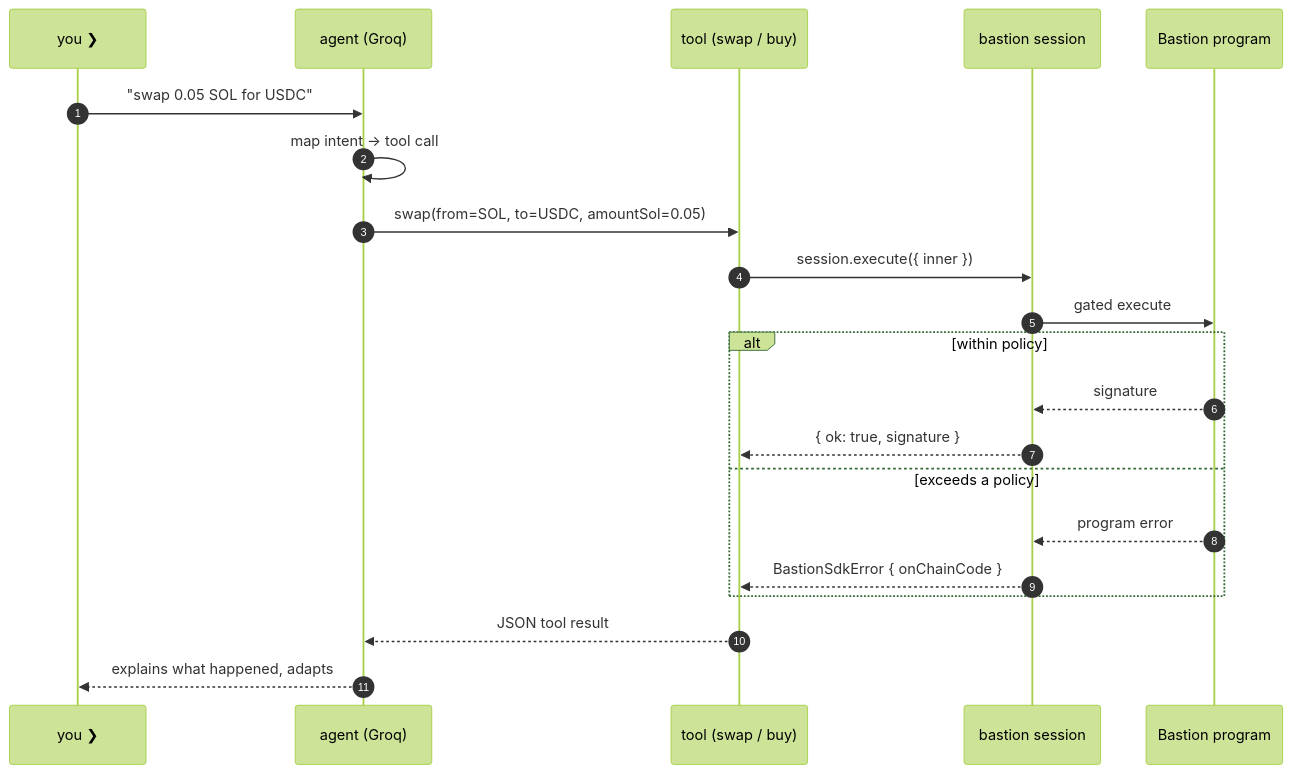
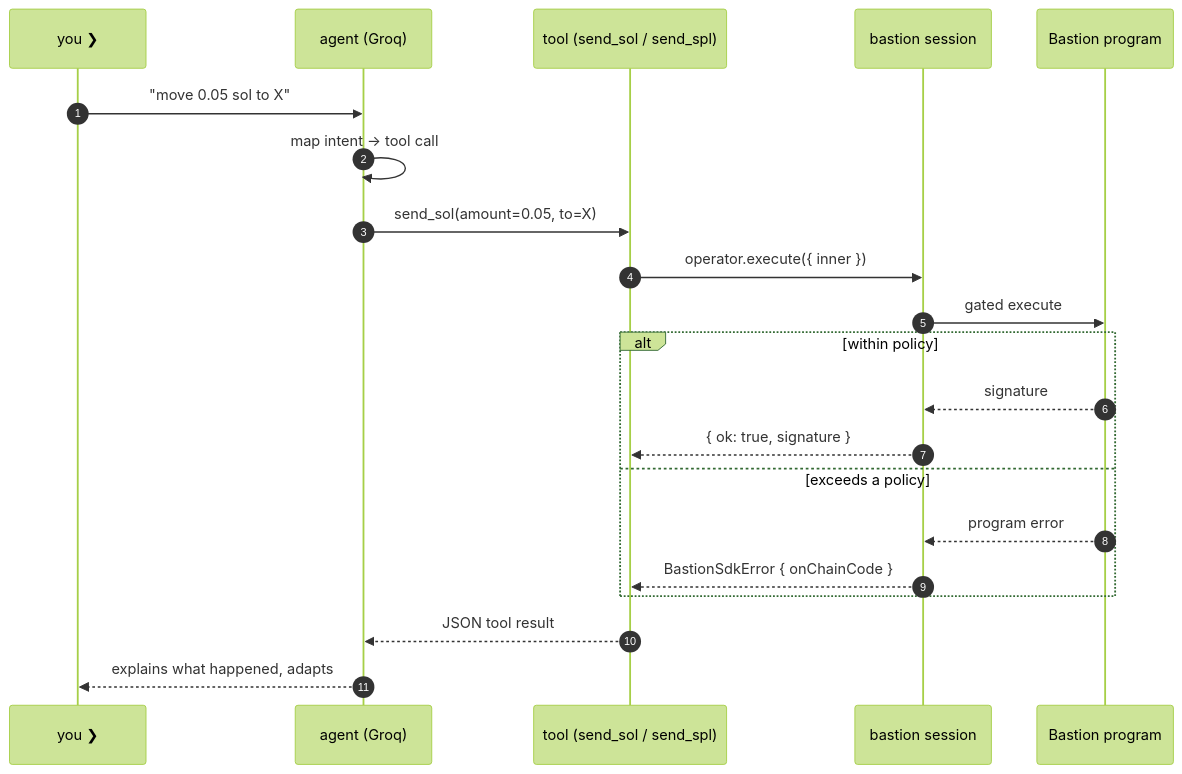
Before and after one commit to rit3sh-x/bastion: the second of 2 diagrams in examples/bot/README.md, drawn with Mermaid (forest theme). The commit also changed other lines of this file and 15 other files, not shown here.

````diff
--- a/examples/bot/README.md
+++ b/examples/bot/README.md
@@ -34,24 +72,24 @@
 ```mermaid
 sequenceDiagram
     autonumber
     participant U as you ❯
     participant A as agent (Groq)
-    participant T as tool (swap / buy)
+    participant T as tool (send_sol / send_spl)
     participant S as bastion session
     participant C as Bastion program
 
-    U->>A: "swap 0.05 SOL for USDC"
+    U->>A: "move 0.05 sol to X"
     A->>A: map intent → tool call
-    A->>T: swap(from=SOL, to=USDC, amountSol=0.05)
-    T->>S: session.execute({ inner })
+    A->>T: send_sol(amount=0.05, to=X)
+    T->>S: operator.execute({ inner })
     S->>C: gated execute
     alt within policy
         C-->>S: signature
         S-->>T: { ok: true, signature }
     else exceeds a policy
         C-->>S: program error
         S-->>T: BastionSdkError { onChainCode }
     end
     T-->>A: JSON tool result
     A-->>U: explains what happened, adapts
 ```
````
